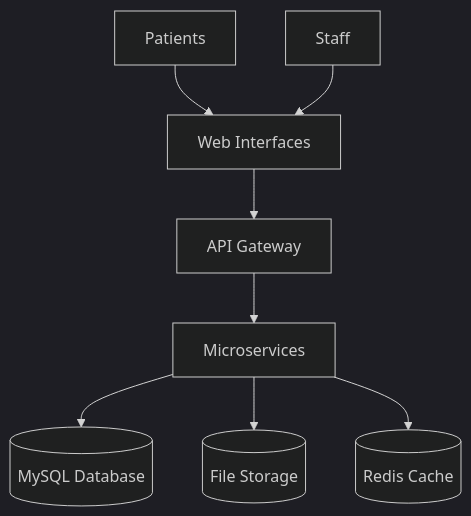
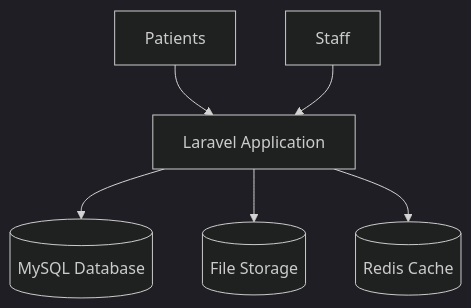
One commit to Tarun-developer/blink_eye changed the first of 2 diagrams in architecture_diagrams.md. Above: the diagram before and after it, drawn with Mermaid (dark theme). The commit also changed other lines of this file and 2 other files, not shown here.

Commit message:
changes new

````diff
--- a/architecture_diagrams.md
+++ b/architecture_diagrams.md
@@ -7,10 +7,8 @@
 ```mermaid
 graph TB
-    P[Patients] --> W[Web Interfaces]
-    S[Staff] --> W
-    W --> A[API Gateway]
-    A --> M[Microservices]
-    M --> D[(MySQL Database)]
-    M --> F[(File Storage)]
-    M --> C[(Redis Cache)]
+    P[Patients] --> L[Laravel Application]
+    S[Staff] --> L
+    L --> D[(MySQL Database)]
+    L --> F[(File Storage)]
+    L --> C[(Redis Cache)]
 ```
````
